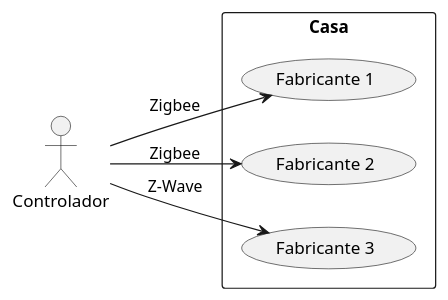
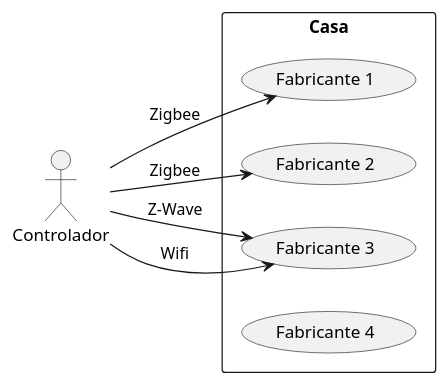
One commit to gavioto/tfg-images changed the diagram in casos-de-uso/caso-1.puml. Above: the diagram before and after it, drawn with PlantUML.

Commit message:
added wifi to case 1

```diff
--- a/casos-de-uso/caso-1.puml
+++ b/casos-de-uso/caso-1.puml
@@ -1,12 +1,14 @@
 @startuml
 left to right direction
 actor "Controlador" as fc
 rectangle Casa {
   usecase "Fabricante 1" as UC1
   usecase "Fabricante 2" as UC2
   usecase "Fabricante 3" as UC3
+  usecase "Fabricante 4" as UC4
 } 
 fc --> UC1 : Zigbee 
-fc --> UC2 : Zigbee
+fc --> UC2 : Zigbee 
 fc --> UC3 : Z-Wave
+fc --> UC3 : Wifi
 @enduml
```
